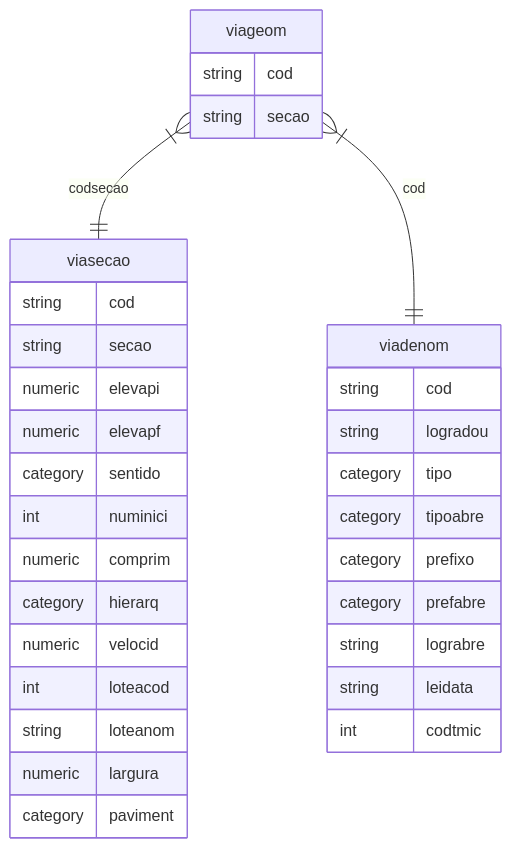
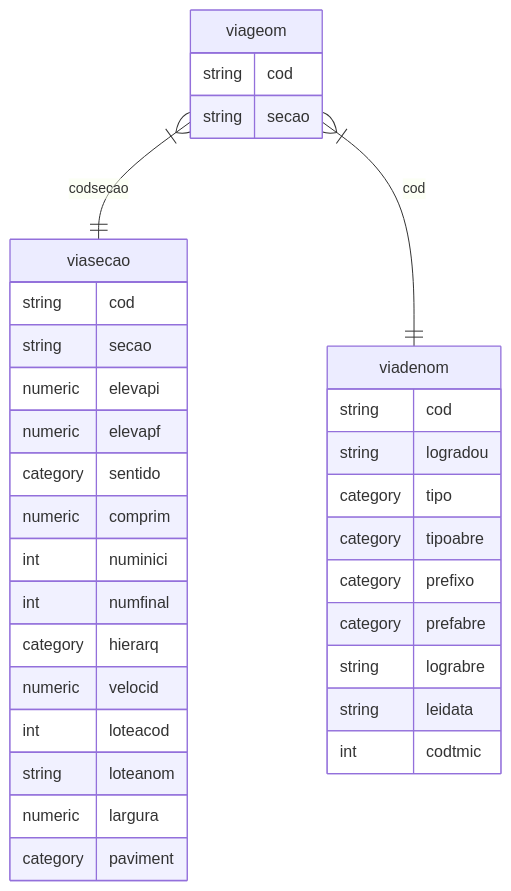
One commit to jaceguay/notes changed the diagram in urb/sistema_viario.md. Above: the diagram before and after it, drawn with Mermaid.

````diff
--- a/urb/sistema_viario.md
+++ b/urb/sistema_viario.md
@@ -3,35 +3,36 @@
 ```mermaid
 erDiagram
    viageom }|--|| viasecao : codsecao
    viageom {
        string cod
        string secao
    }
    viasecao {
        string cod
        string secao
        numeric elevapi
        numeric elevapf
        category sentido
+       numeric comprim
        int numinici
-       numeric comprim
+       int numfinal
        category hierarq
        numeric velocid
        int loteacod
        string loteanom
        numeric largura
        category paviment
    }
    viageom }|--|| viadenom : cod
    viadenom {
        string cod
        string logradou
        category tipo
        category tipoabre
        category prefixo
        category prefabre
        string lograbre
        string leidata
        int codtmic
    }
 ```
````
